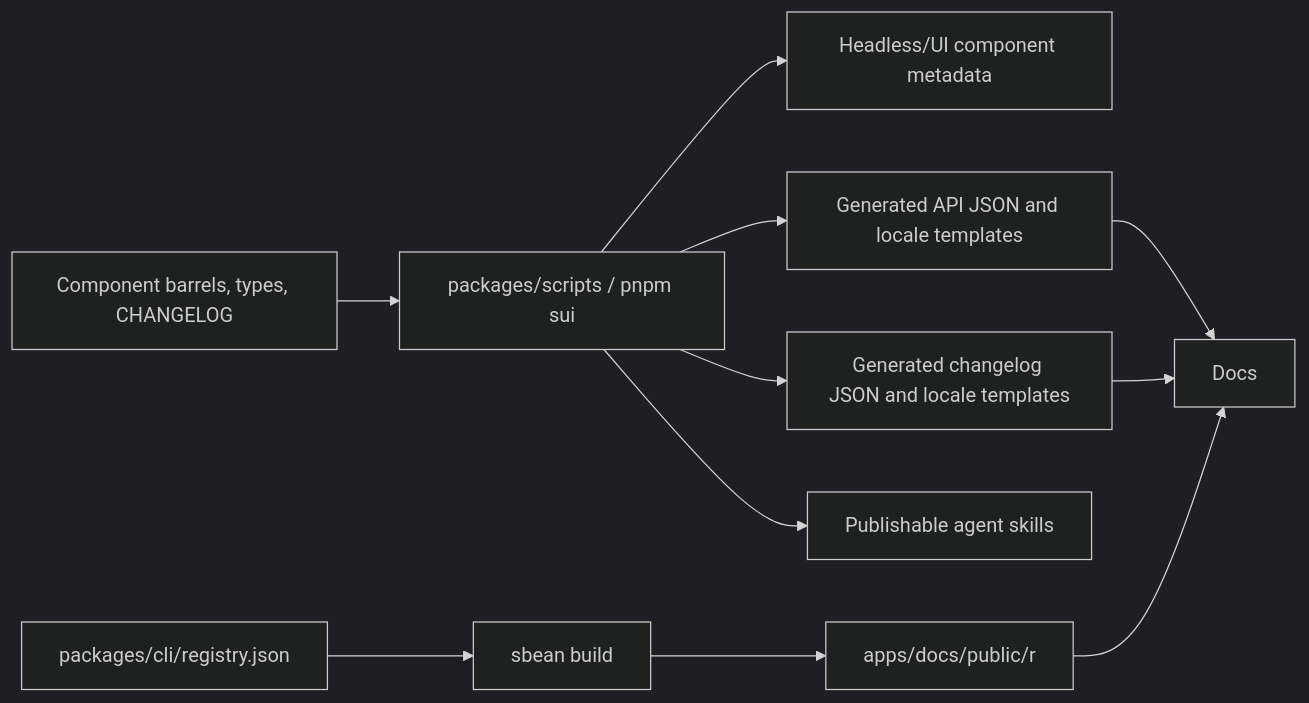
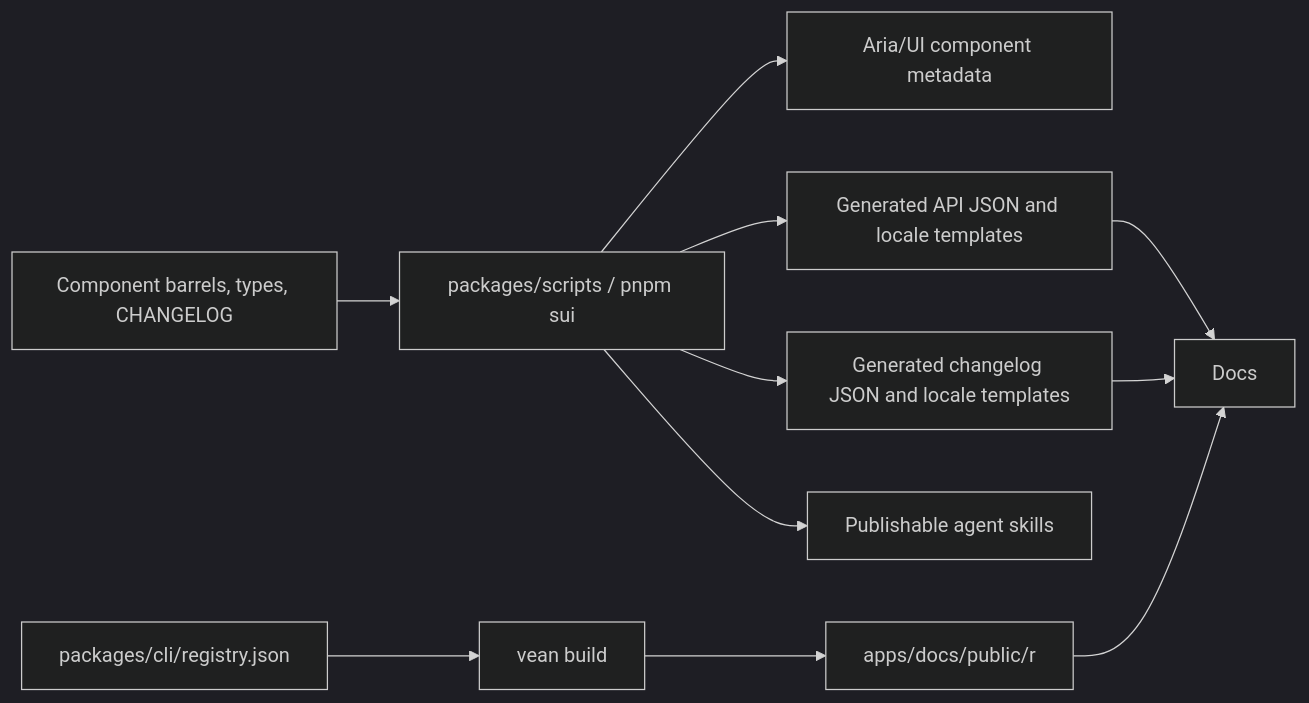
One commit to soybeanjs/soybean-ui changed the third of 3 diagrams in docs/architecture.md. Above: the diagram before and after it, drawn with Mermaid (dark theme). The commit also changed other lines of this file and 3113 other files, not shown here.

````diff
--- a/docs/architecture.md
+++ b/docs/architecture.md
@@ -264,13 +264,13 @@
 ```mermaid
 flowchart LR
   Source[Component barrels, types, CHANGELOG] --> SUI["packages/scripts / pnpm sui"]
-  SUI --> Metadata[Headless/UI component metadata]
+  SUI --> Metadata[Aria/UI component metadata]
   SUI --> API[Generated API JSON and locale templates]
   SUI --> Changelog[Generated changelog JSON and locale templates]
   SUI --> Skills[Publishable agent skills]
-  Registry["packages/cli/registry.json"] --> SbeanBuild["sbean build"]
-  SbeanBuild --> RegistrySite["apps/docs/public/r"]
+  Registry["packages/cli/registry.json"] --> VeanBuild["vean build"]
+  VeanBuild --> RegistrySite["apps/docs/public/r"]
   API --> Docs
   Changelog --> Docs
   RegistrySite --> Docs
 ```
````
